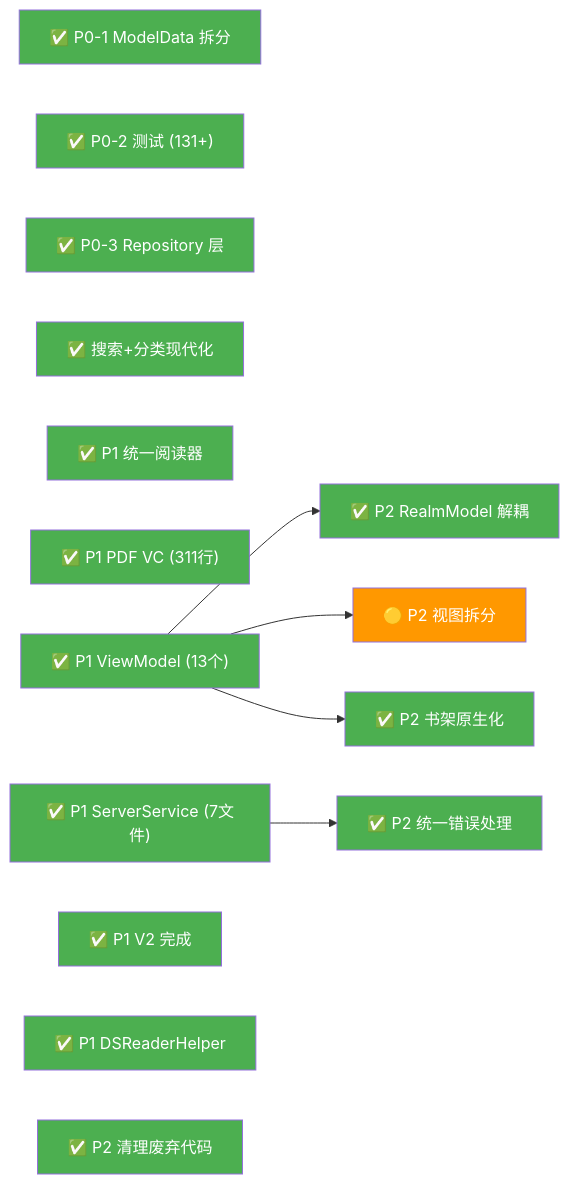
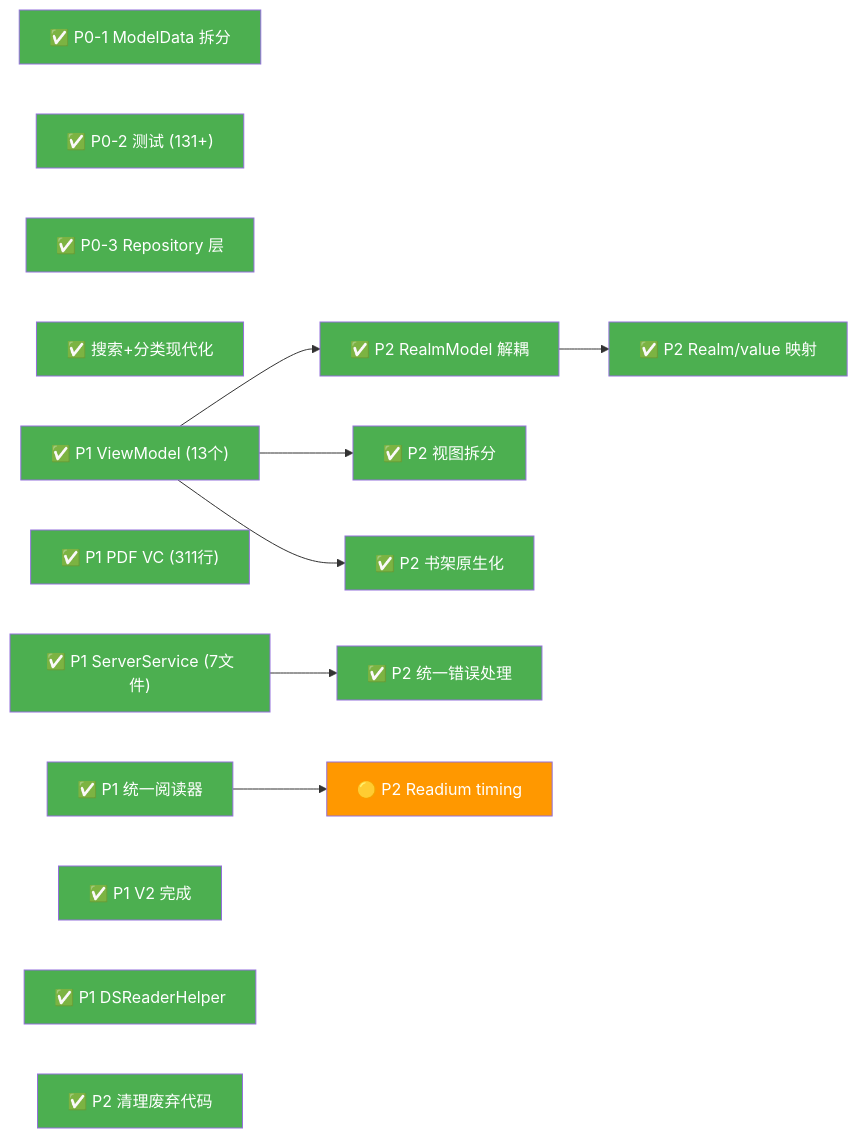
One commit to drearycold/YetAnotherEBookReader changed the third of 3 diagrams in .agents/plans/REFACTOR_PLAN.claude.progress.md. Above: the diagram before and after it, drawn with Mermaid. The commit also changed other lines of this file and 9 other files, not shown here.

````diff
--- a/.agents/plans/REFACTOR_PLAN.claude.progress.md
+++ b/.agents/plans/REFACTOR_PLAN.claude.progress.md
@@ -297,41 +296,47 @@
 ```mermaid
 graph LR
     P0_ModelData["✅ P0-1 ModelData 拆分"]
     P0_Test["✅ P0-2 测试 (131+)"]
     P0_Repo["✅ P0-3 Repository 层"]
     P0_Search["✅ 搜索+分类现代化"]
     
     P1_Reader["✅ P1 统一阅读器"]
     P1_PDF["✅ P1 PDF VC (311行)"]
     P1_VM["✅ P1 ViewModel (13个)"]
     P1_Network["✅ P1 ServerService (7文件)"]
     P1_V2["✅ P1 V2 完成"]
     P1_DSReader["✅ P1 DSReaderHelper"]
     
     P2_Clean["✅ P2 清理废弃代码"]
     P2_Realm["✅ P2 RealmModel 解耦"]
-    P2_View["🟡 P2 视图拆分"]
+    P2_View["✅ P2 视图拆分"]
     P2_Shelf["✅ P2 书架原生化"]
     P2_Error["✅ P2 统一错误处理"]
+    P2_Mapping["✅ P2 Realm/value 映射"]
+    P2_ReadiumTiming["🟡 P2 Readium timing"]
 
     P1_Network --> P2_Error
     P1_VM --> P2_Realm
     P1_VM --> P2_View
     P1_VM --> P2_Shelf
+    P2_Realm --> P2_Mapping
+    P1_Reader --> P2_ReadiumTiming
     
     style P0_ModelData fill:#4CAF50,color:#fff
     style P0_Test fill:#4CAF50,color:#fff
     style P0_Repo fill:#4CAF50,color:#fff
     style P0_Search fill:#4CAF50,color:#fff
     style P1_Reader fill:#4CAF50,color:#fff
     style P1_PDF fill:#4CAF50,color:#fff
     style P1_VM fill:#4CAF50,color:#fff
     style P1_Network fill:#4CAF50,color:#fff
     style P1_V2 fill:#4CAF50,color:#fff
     style P1_DSReader fill:#4CAF50,color:#fff
     style P2_Clean fill:#4CAF50,color:#fff
     style P2_Realm fill:#4CAF50,color:#fff
-    style P2_View fill:#FF9800,color:#fff
+    style P2_View fill:#4CAF50,color:#fff
     style P2_Shelf fill:#4CAF50,color:#fff
     style P2_Error fill:#4CAF50,color:#fff
+    style P2_Mapping fill:#4CAF50,color:#fff
+    style P2_ReadiumTiming fill:#FF9800,color:#fff
 ```
````
